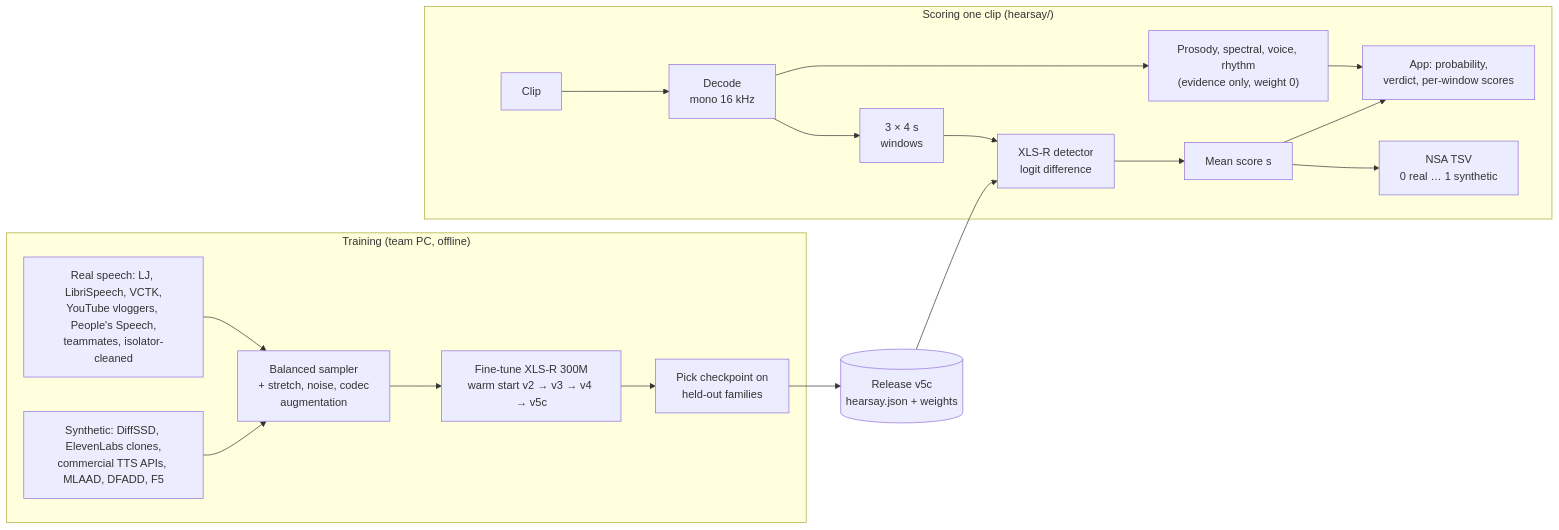
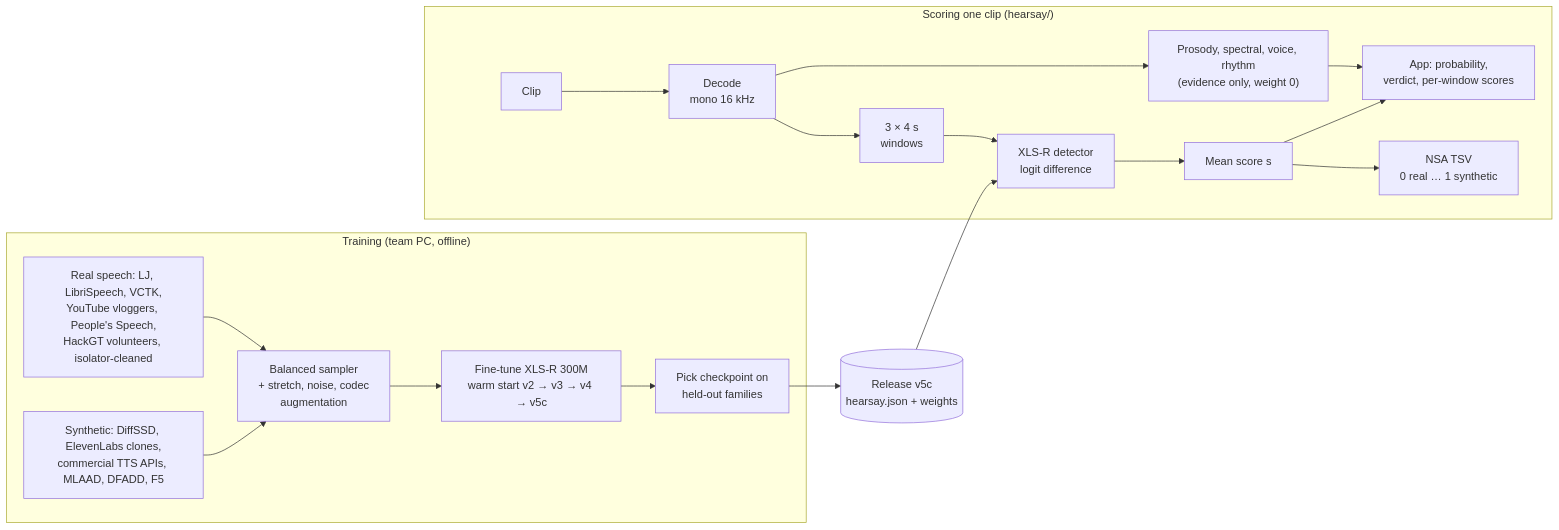
One commit to akashjainn/dispel changed the diagram in README.md. Above: the diagram before and after it, drawn with Mermaid. The commit also changed other lines of this file and 4 other files, not shown here.

First line of the commit message:
docs: final NSA result (minDCF 0.1027); cloned voices are HackGT volunteers (#26)

````diff
--- a/README.md
+++ b/README.md
@@ -48,17 +52,17 @@
 ```mermaid
 flowchart LR
     subgraph TRAIN["Training (team PC, offline)"]
-        D1["Real speech: LJ, LibriSpeech, VCTK,<br/>YouTube vloggers, People's Speech,<br/>teammates, isolator-cleaned"] --> BAL["Balanced sampler<br/>+ stretch, noise, codec<br/>augmentation"]
+        D1["Real speech: LJ, LibriSpeech, VCTK,<br/>YouTube vloggers, People's Speech,<br/>HackGT volunteers, isolator-cleaned"] --> BAL["Balanced sampler<br/>+ stretch, noise, codec<br/>augmentation"]
         D2["Synthetic: DiffSSD, ElevenLabs clones,<br/>commercial TTS APIs, MLAAD, DFADD, F5"] --> BAL
         BAL --> FT["Fine-tune XLS-R 300M<br/>warm start v2 → v3 → v4 → v5c"]
         FT --> SEL["Pick checkpoint on<br/>held-out families"]
     end
     SEL --> REL[("Release v5c<br/>hearsay.json + weights")]
     subgraph SCORE["Scoring one clip (hearsay/)"]
         IN["Clip"] --> DEC["Decode<br/>mono 16 kHz"] --> WIN["3 × 4 s<br/>windows"] --> NET["XLS-R detector<br/>logit difference"] --> AVG["Mean score s"]
         AVG --> OUT1["NSA TSV<br/>0 real … 1 synthetic"]
         AVG --> OUT2["App: probability,<br/>verdict, per-window scores"]
         DEC --> EV["Prosody, spectral, voice, rhythm<br/>(evidence only, weight 0)"] --> OUT2
     end
     REL --> NET
 ```
````
